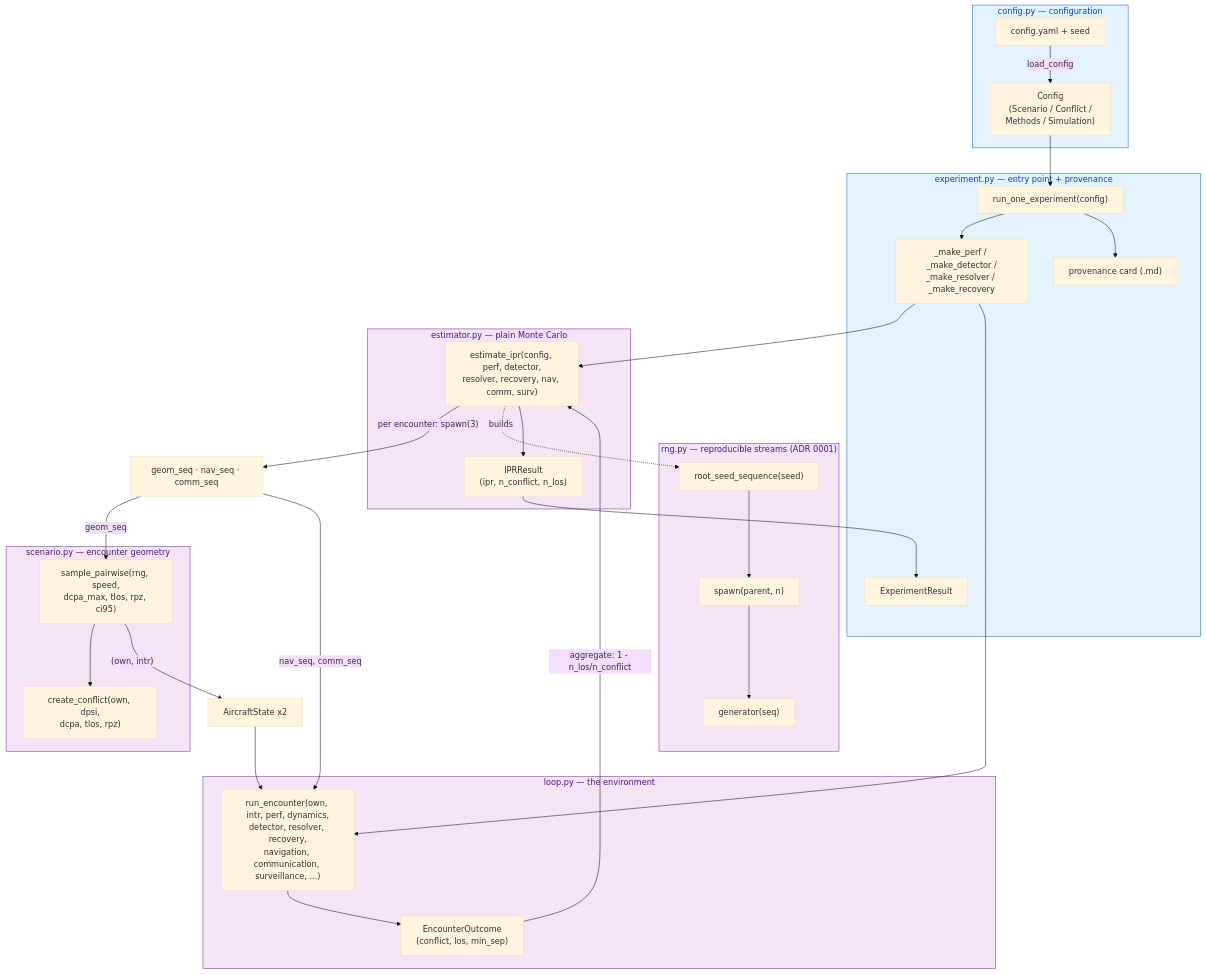
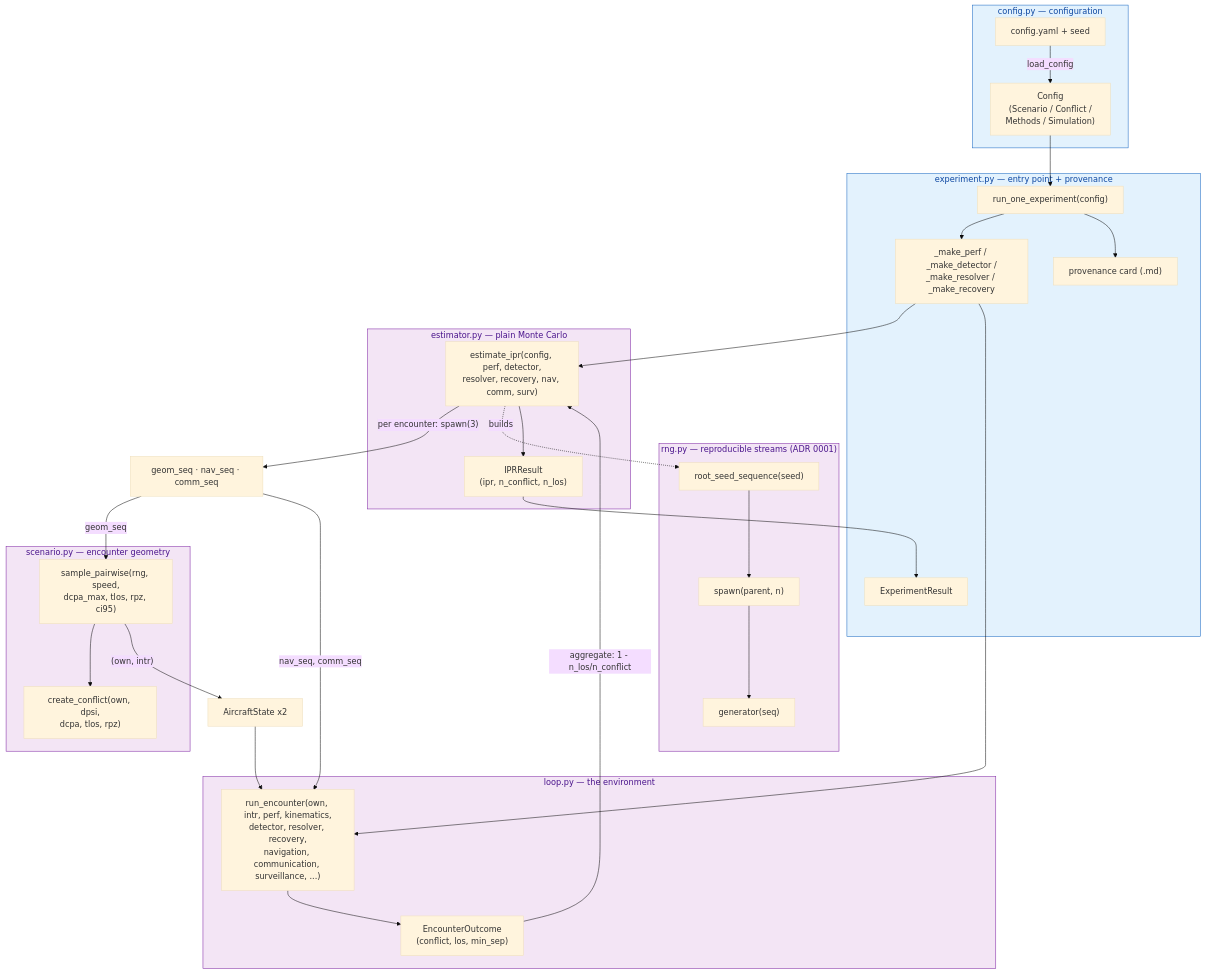
The first of 5 diagrams in vault/architecture-dataflow.md (fazlurnu/OpenCDaRR), drawn with Mermaid (base theme) before and after one commit. The commit also changed other lines of this file and 3 other files, not shown here.

````diff
--- a/vault/architecture-dataflow.md
+++ b/vault/architecture-dataflow.md
@@ -24,60 +24,60 @@
 ```mermaid
 flowchart TB
     subgraph entry["config.py — configuration"]
         YAML["config.yaml + seed"]
         CFG["Config<br/>(Scenario / Conflict /<br/>Methods / Simulation)"]
         YAML -->|load_config| CFG
     end
 
     subgraph exp["experiment.py — entry point + provenance"]
         RUN1["run_one_experiment(config)"]
         COMPS["_make_perf / _make_detector /<br/>_make_resolver / _make_recovery"]
         CARD["provenance card (.md)"]
         RES["ExperimentResult"]
     end
 
     CFG --> RUN1 --> COMPS
 
     subgraph rng["rng.py — reproducible streams (ADR 0001)"]
         ROOT["root_seed_sequence(seed)"]
         SP["spawn(parent, n)"]
         GEN["generator(seq)"]
         ROOT --> SP --> GEN
     end
 
     subgraph est["estimator.py — plain Monte Carlo"]
         EST["estimate_ipr(config, perf, detector,<br/>resolver, recovery, nav, comm, surv)"]
         IPR["IPRResult<br/>(ipr, n_conflict, n_los)"]
     end
 
     COMPS --> EST
     EST -->|"per encounter: spawn(3)"| SEQS["geom_seq · nav_seq · comm_seq"]
     EST -. builds .-> ROOT
 
     subgraph scen["scenario.py — encounter geometry"]
         SAMP["sample_pairwise(rng, speed,<br/>dcpa_max, tlos, rpz, ci95)"]
         CREATE["create_conflict(own, dpsi,<br/>dcpa, tlos, rpz)"]
         SAMP --> CREATE
     end
 
     SEQS -->|geom_seq| SAMP
     SAMP -->|"(own, intr)"| PAIR["AircraftState x2"]
 
     subgraph loopy["loop.py — the environment"]
-        LOOP["run_encounter(own, intr, perf, dynamics,<br/>detector, resolver, recovery,<br/>navigation, communication, surveillance, ...)"]
+        LOOP["run_encounter(own, intr, perf, kinematics,<br/>detector, resolver, recovery,<br/>navigation, communication, surveillance, ...)"]
         OUT["EncounterOutcome<br/>(conflict, los, min_sep)"]
         LOOP --> OUT
     end
 
     PAIR --> LOOP
     SEQS -->|nav_seq, comm_seq| LOOP
     COMPS --> LOOP
     OUT -->|"aggregate: 1 - n_los/n_conflict"| EST
     EST --> IPR --> RES
     RUN1 --> CARD
 
     classDef entryc fill:#e3f2fd,stroke:#1565c0,color:#0d47a1
     classDef flowc fill:#f3e5f5,stroke:#7b1fa2,color:#4a148c
     class entry,exp entryc
     class est,scen,loopy,rng flowc
 ```
````
